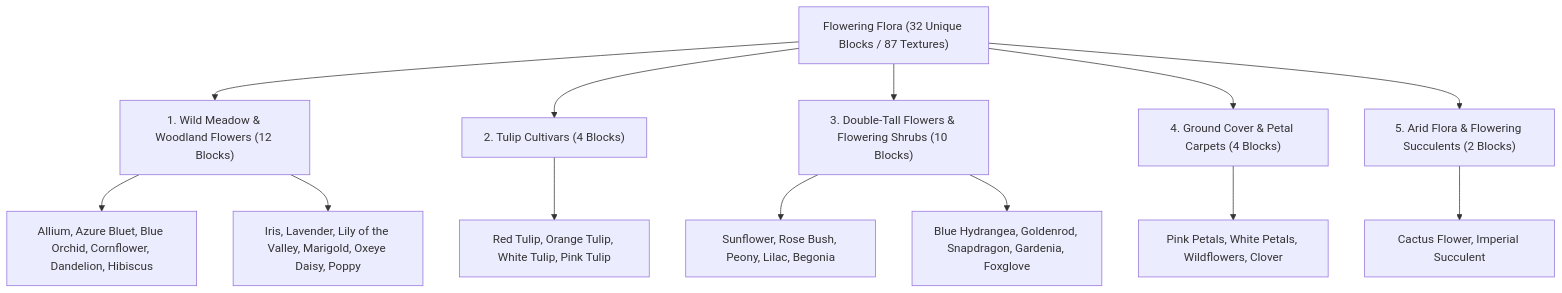
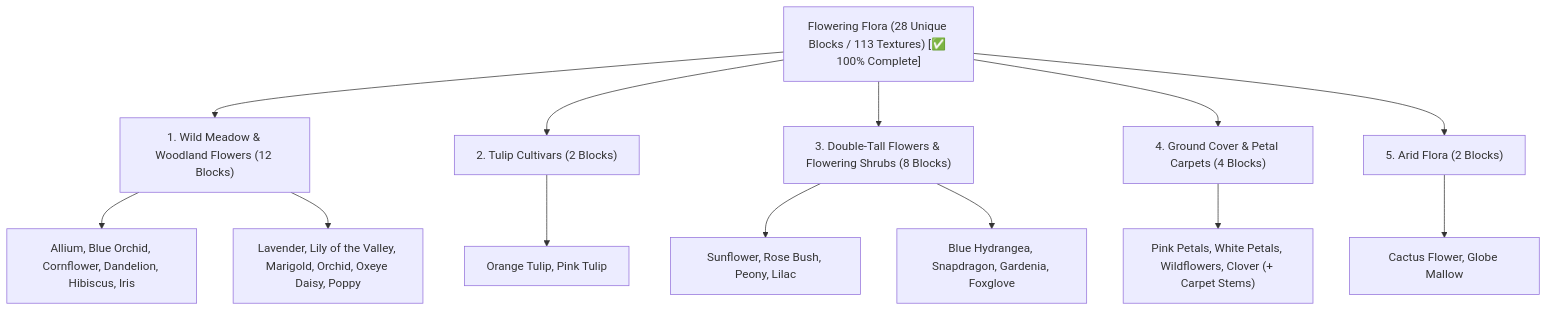
The diagram in docs/worldbuilding/blocks/flowers_design.md (gabrtzweb/VoxelGameEngine), drawn with Mermaid before and after one commit. The commit also changed other lines of this file and 401 other files, not shown here.

Commit message:
flora and new blocks

````diff
--- a/docs/worldbuilding/blocks/flowers_design.md
+++ b/docs/worldbuilding/blocks/flowers_design.md
@@ -14,20 +14,20 @@
 ```mermaid
 graph TD
-    F["Flowering Flora (32 Unique Blocks / 87 Textures)"] --> C1["1. Wild Meadow & Woodland Flowers (12 Blocks)"]
-    F --> C2["2. Tulip Cultivars (4 Blocks)"]
-    F --> C3["3. Double-Tall Flowers & Flowering Shrubs (10 Blocks)"]
+    F["Flowering Flora (28 Unique Blocks / 113 Textures) [✅ 100% Complete]"] --> C1["1. Wild Meadow & Woodland Flowers (12 Blocks)"]
+    F --> C2["2. Tulip Cultivars (2 Blocks)"]
+    F --> C3["3. Double-Tall Flowers & Flowering Shrubs (8 Blocks)"]
     F --> C4["4. Ground Cover & Petal Carpets (4 Blocks)"]
-    F --> C5["5. Arid Flora & Flowering Succulents (2 Blocks)"]
+    F --> C5["5. Arid Flora (2 Blocks)"]
 
-    C1 --> C1a["Allium, Azure Bluet, Blue Orchid, Cornflower, Dandelion, Hibiscus"]
-    C1 --> C1b["Iris, Lavender, Lily of the Valley, Marigold, Oxeye Daisy, Poppy"]
+    C1 --> C1a["Allium, Blue Orchid, Cornflower, Dandelion, Hibiscus, Iris"]
+    C1 --> C1b["Lavender, Lily of the Valley, Marigold, Orchid, Oxeye Daisy, Poppy"]
 
-    C2 --> C2a["Red Tulip, Orange Tulip, White Tulip, Pink Tulip"]
+    C2 --> C2a["Orange Tulip, Pink Tulip"]
 
-    C3 --> C3a["Sunflower, Rose Bush, Peony, Lilac, Begonia"]
-    C3 --> C3b["Blue Hydrangea, Goldenrod, Snapdragon, Gardenia, Foxglove"]
+    C3 --> C3a["Sunflower, Rose Bush, Peony, Lilac"]
+    C3 --> C3b["Blue Hydrangea, Snapdragon, Gardenia, Foxglove"]
 
-    C4 --> C4a["Pink Petals, White Petals, Wildflowers, Clover"]
+    C4 --> C4a["Pink Petals, White Petals, Wildflowers, Clover (+ Carpet Stems)"]
 
-    C5 --> C5a["Cactus Flower, Imperial Succulent"]
+    C5 --> C5a["Cactus Flower, Globe Mallow"]
 ```
````
